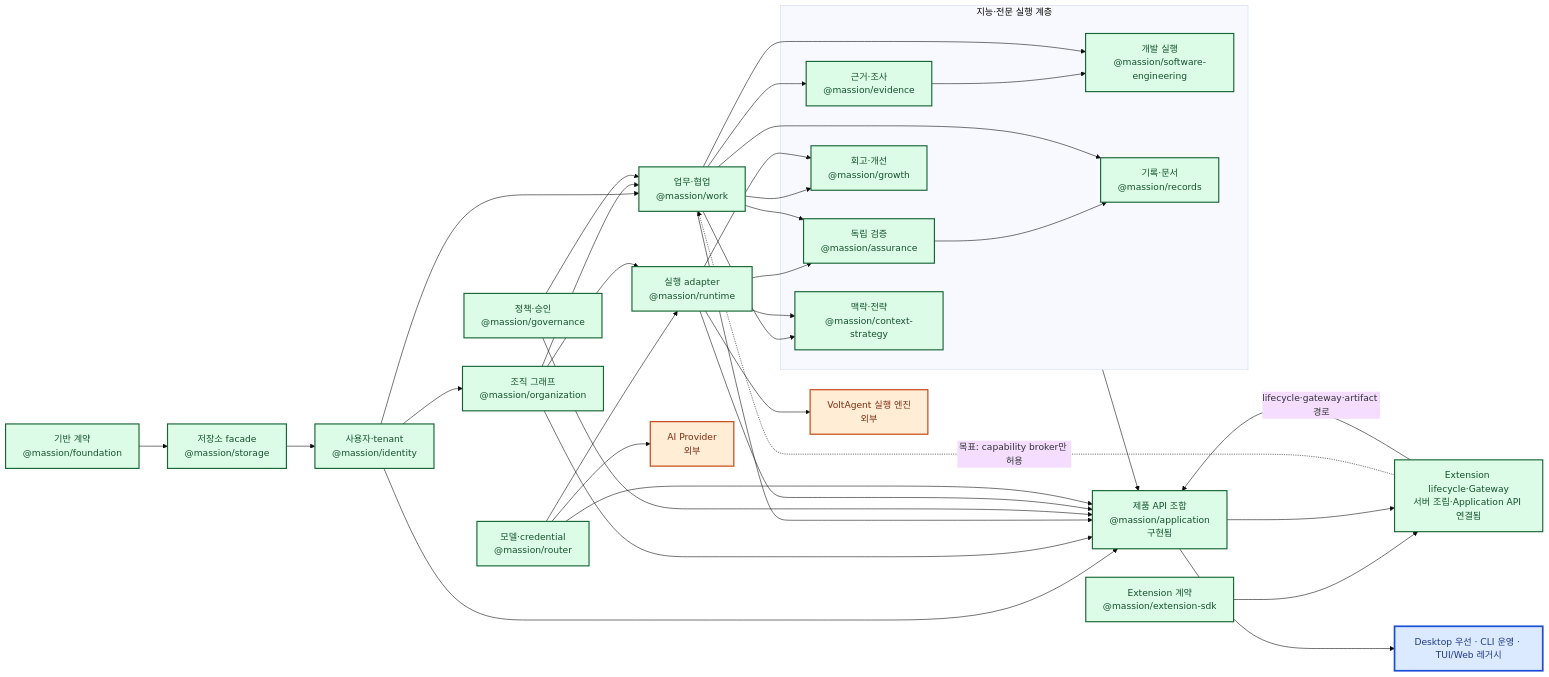
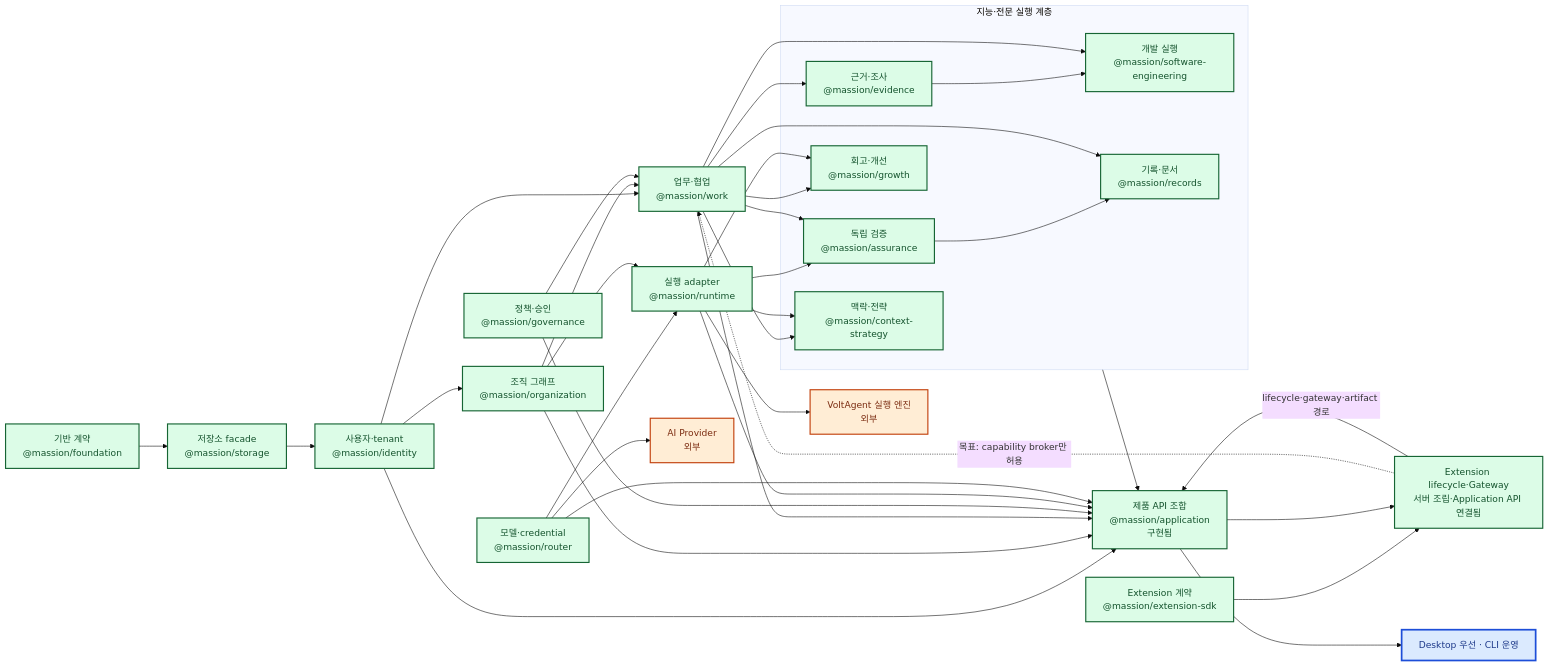
Before and after one commit to jabdori/massion: the second of 11 diagrams in docs/architecture/README.md, drawn with Mermaid (base theme). The commit also changed other lines of this file and 943 other files, not shown here.

First line of the commit message:
refactor!: remove legacy web and tui surfaces

````diff
--- a/docs/architecture/README.md
+++ b/docs/architecture/README.md
@@ -108,66 +102,66 @@
 ```mermaid
 flowchart LR
   classDef implemented fill:#dcfce7,stroke:#166534,color:#14532d,stroke-width:2px;
   classDef implementing fill:#dbeafe,stroke:#1d4ed8,color:#1e3a8a,stroke-width:3px;
   classDef planned fill:#f3f4f6,stroke:#6b7280,color:#374151,stroke-width:1px,stroke-dasharray:5 5;
   classDef external fill:#ffedd5,stroke:#c2410c,color:#7c2d12,stroke-width:2px;
 
   Foundation["기반 계약<br/>@massion/foundation"]:::implemented
   Storage["저장소 facade<br/>@massion/storage"]:::implemented
   Identity["사용자·tenant<br/>@massion/identity"]:::implemented
   Organization["조직 그래프<br/>@massion/organization"]:::implemented
   Work["업무·협업<br/>@massion/work"]:::implemented
   Governance["정책·승인<br/>@massion/governance"]:::implemented
   Router["모델·credential<br/>@massion/router"]:::implemented
   Runtime["실행 adapter<br/>@massion/runtime"]:::implemented
 
   subgraph Intelligence["지능·전문 실행 계층"]
     Context["맥락·전략<br/>@massion/context-strategy"]:::implemented
     Evidence["근거·조사<br/>@massion/evidence"]:::implemented
     Engineering["개발 실행<br/>@massion/software-engineering"]:::implemented
     Assurance["독립 검증<br/>@massion/assurance"]:::implemented
     Records["기록·문서<br/>@massion/records"]:::implemented
     Growth["회고·개선<br/>@massion/growth"]:::implemented
   end
 
   ExtSDK["Extension 계약<br/>@massion/extension-sdk"]:::implemented
   ExtHost["Extension lifecycle·Gateway<br/>서버 조립·Application API 연결됨"]:::implemented
   Application["제품 API 조합<br/>@massion/application<br/>구현됨"]:::implemented
-  Surfaces["Desktop 우선 · CLI 운영 · TUI/Web 레거시"]:::implementing
+  Surfaces["Desktop 우선 · CLI 운영"]:::implementing
   VoltAgent["VoltAgent 실행 엔진<br/>외부"]:::external
   Provider["AI Provider<br/>외부"]:::external
 
   Foundation --> Storage
   Storage --> Identity
   Identity --> Organization
   Identity --> Work
   Organization --> Work
   Governance --> Work
   Router --> Runtime
   Organization --> Runtime
   Work --> Context
   Runtime --> Context
   Work --> Evidence
   Evidence --> Engineering
   Work --> Engineering
   Runtime --> Assurance
   Work --> Assurance
   Assurance --> Records
   Work --> Records
   Work --> Growth
   Runtime --> Growth
   ExtSDK --> ExtHost
   Application --> ExtHost
   ExtHost -. "목표: capability broker만 허용" .-> Work
   Runtime --> VoltAgent
   Router --> Provider
   Identity --> Application
   Organization --> Application
   Work --> Application
   Governance --> Application
   Runtime --> Application
   Router --> Application
   Intelligence --> Application
   ExtHost -->|lifecycle·gateway·artifact 경로| Application
   Application --> Surfaces
 ```
````
